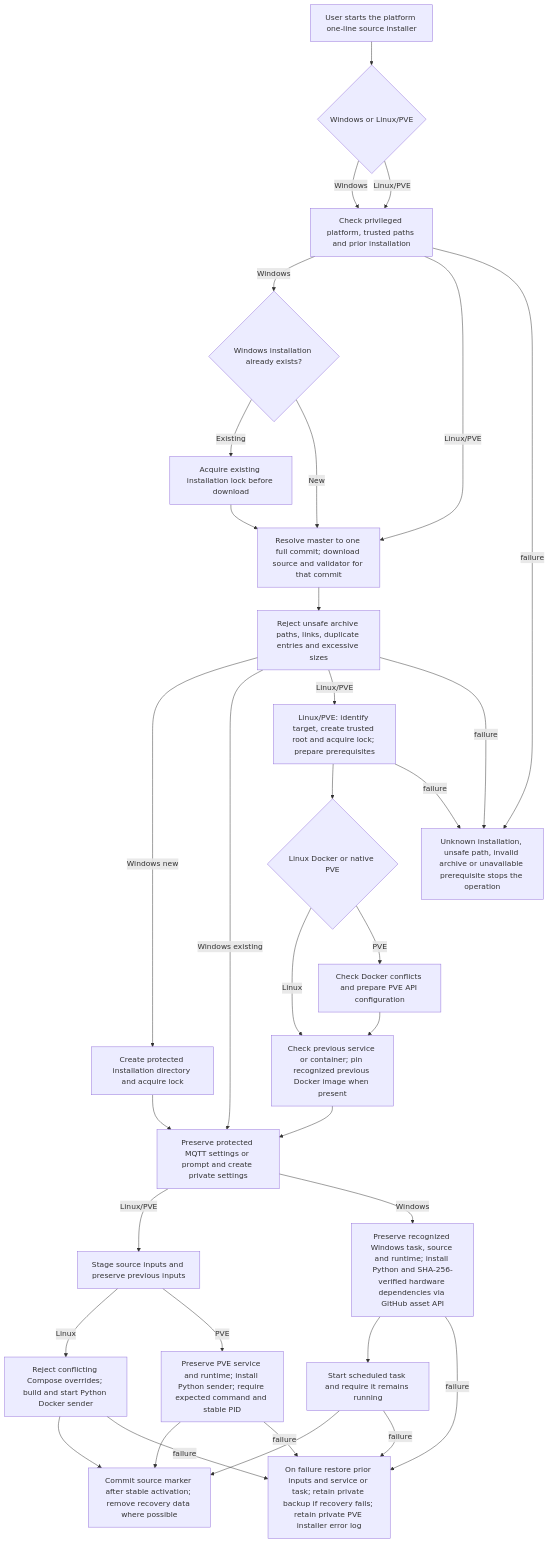
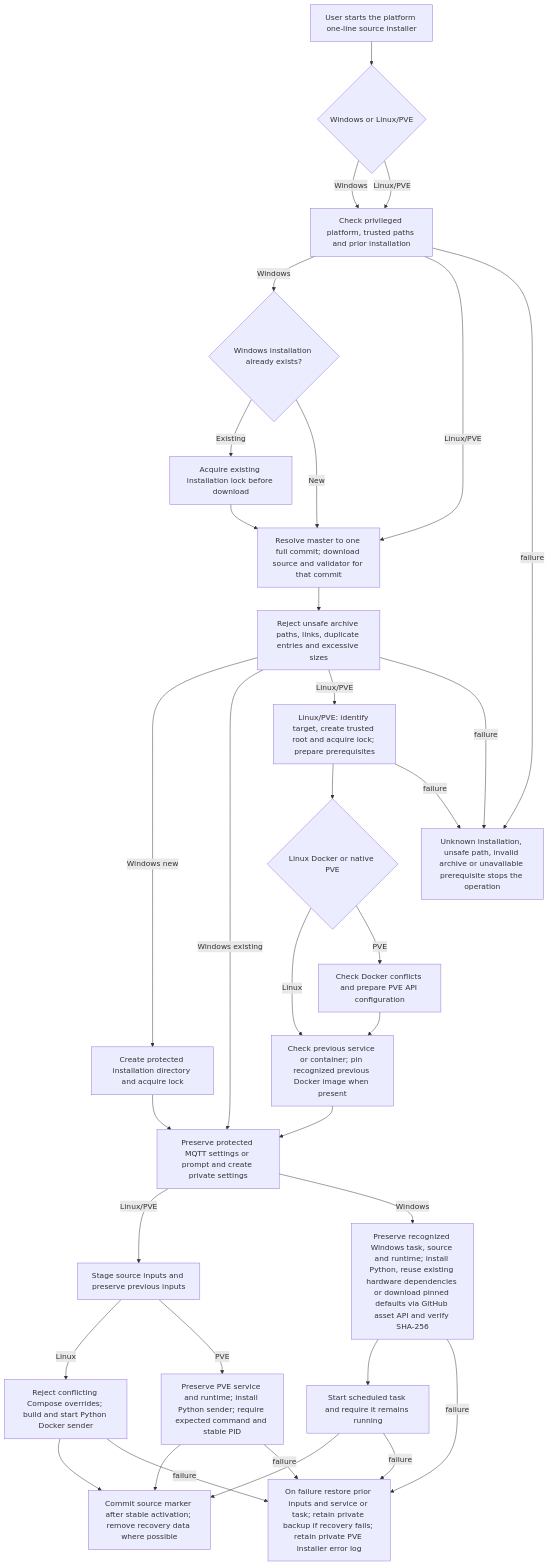
The diagram in docs/flows/sender.source-lifecycle.mmd (KarlSideProjects/hwmonitor-mqtt), drawn with Mermaid before and after one commit. The commit also changed 11 other files, not shown here.

```diff
--- a/docs/flows/sender.source-lifecycle.mmd
+++ b/docs/flows/sender.source-lifecycle.mmd
@@ -1,55 +1,55 @@
 flowchart TD
     A["User starts the platform one-line source installer"]
     B{"Windows or Linux/PVE"}
     C["Check privileged platform, trusted paths and prior installation"]
     D["Resolve master to one full commit; download source and validator for that commit"]
     E["Reject unsafe archive paths, links, duplicate entries and excessive sizes"]
     W{"Windows installation already exists?"}
     X["Acquire existing installation lock before download"]
     Y["Create protected installation directory and acquire lock"]
     F["Linux/PVE: identify target, create trusted root and acquire lock; prepare prerequisites"]
     H{"Linux Docker or native PVE"}
     K["Check Docker conflicts and prepare PVE API configuration"]
     R["Check previous service or container; pin recognized previous Docker image when present"]
     G["Preserve protected MQTT settings or prompt and create private settings"]
     I["Stage source inputs and preserve previous inputs"]
     J["Reject conflicting Compose overrides; build and start Python Docker sender"]
     L["Preserve PVE service and runtime; install Python sender; require expected command and stable PID"]
-    M["Preserve recognized Windows task, source and runtime; install Python and SHA-256-verified hardware dependencies via GitHub asset API"]
+    M["Preserve recognized Windows task, source and runtime; install Python, reuse existing hardware dependencies or download pinned defaults via GitHub asset API and verify SHA-256"]
     N["Start scheduled task and require it remains running"]
     O["Commit source marker after stable activation; remove recovery data where possible"]
     P["On failure restore prior inputs and service or task; retain private backup if recovery fails; retain private PVE installer error log"]
     Q["Unknown installation, unsafe path, invalid archive or unavailable prerequisite stops the operation"]
     A --> B
     B -->|Windows| C
     B -->|Linux/PVE| C
     C -->|Windows| W
     W -->|Existing| X
     X --> D
     W -->|New| D
     C -->|Linux/PVE| D
     D --> E
     E -->|Windows new| Y
     E -->|Windows existing| G
     Y --> G
     E -->|Linux/PVE| F
     F --> H
     H -->|Linux| R
     H -->|PVE| K
     K --> R
     R --> G
     G -->|Linux/PVE| I
     G -->|Windows| M
     I -->|Linux| J
     I -->|PVE| L
     J --> O
     L --> O
     M --> N
     N --> O
     J -->|failure| P
     L -->|failure| P
     M -->|failure| P
     N -->|failure| P
     C -->|failure| Q
     E -->|failure| Q
     F -->|failure| Q
```
